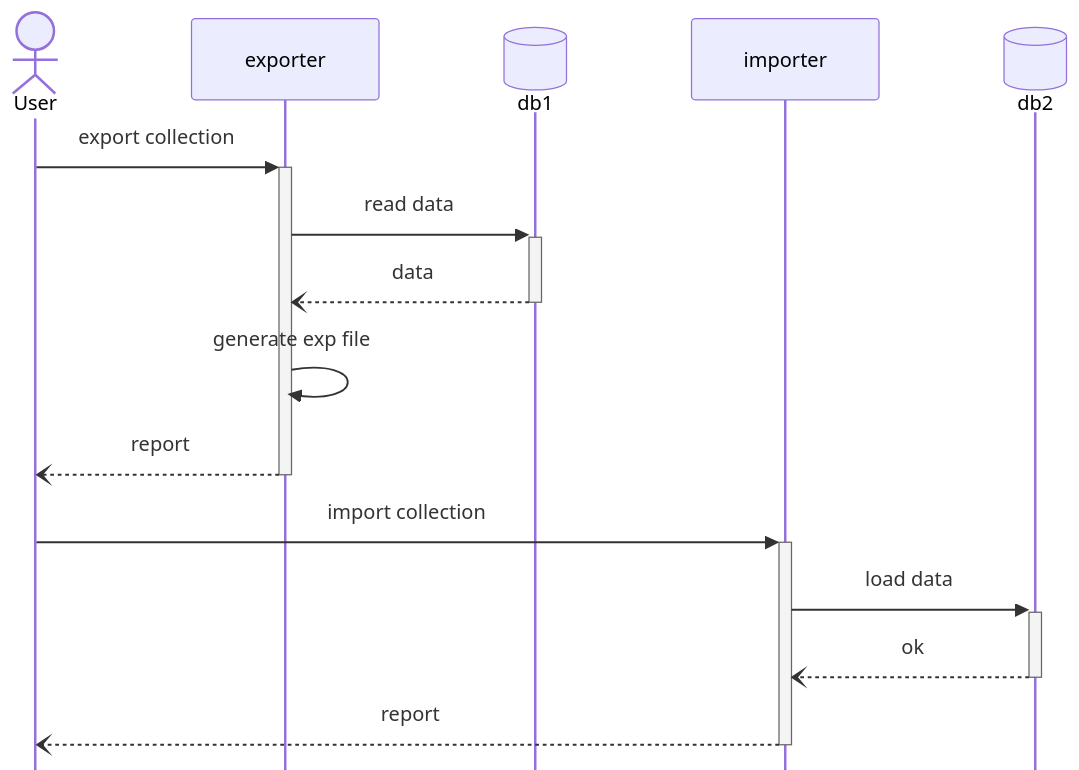
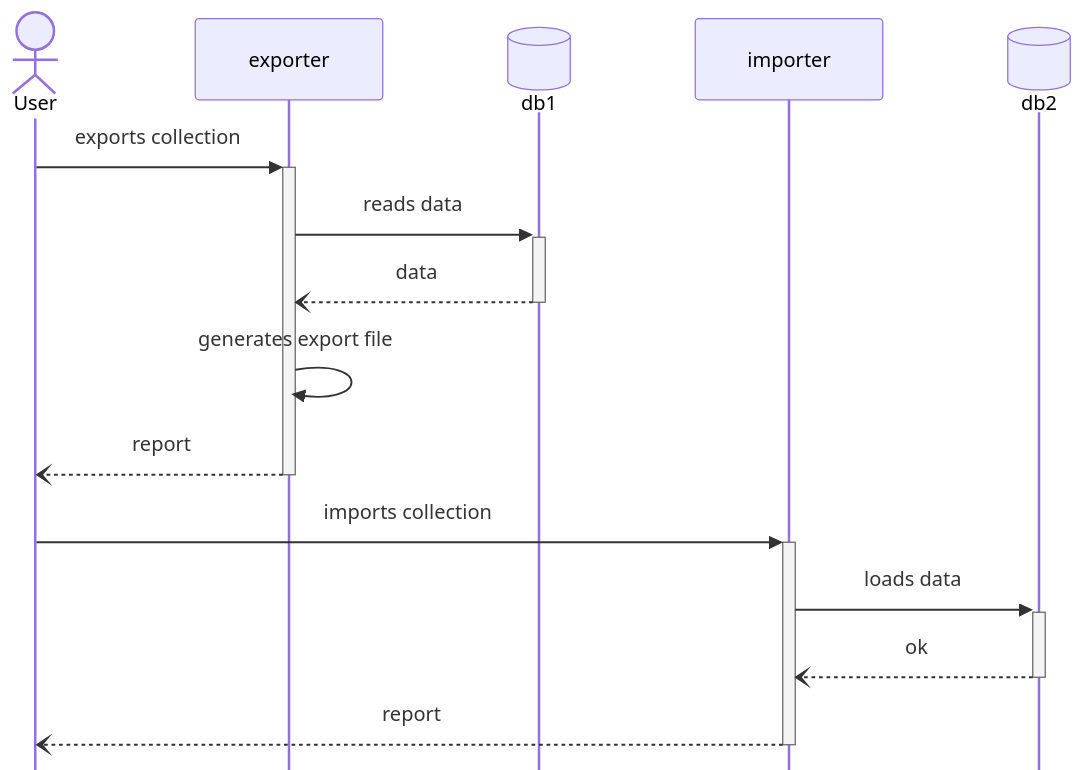
The second of 4 diagrams in docs/spec/tests/e2e.en.md (chromiodev/chromie-tool), drawn with Mermaid before and after one commit. The commit also changed other lines of this file and 8 other files, not shown here.

````diff
--- a/docs/spec/tests/e2e.en.md
+++ b/docs/spec/tests/e2e.en.md
@@ -81,28 +81,28 @@
   ```mermaid
   ---
   config:
     mirrorActors: false
   ---
 
   sequenceDiagram
     %% participants
     actor user as User
     participant exp as exporter
     participant db1@{ type: "database" }
     participant imp as importer
     participant db2@{ type: "database" }
 
     %% messages
     %% export
-    user ->> +exp: export collection
-    exp ->> +db1: read data
+    user ->> +exp: exports collection
+    exp ->> +db1: reads data
     db1 --) -exp: data
-    exp ->> exp: generate exp file
+    exp ->> exp: generates export file
     exp --) -user: report
 
     %% import
-    user ->> +imp: import collection
-    imp ->> +db2: load data
+    user ->> +imp: imports collection
+    imp ->> +db2: loads data
     db2 --) -imp: ok
     imp --) -user: report
   ```
````
